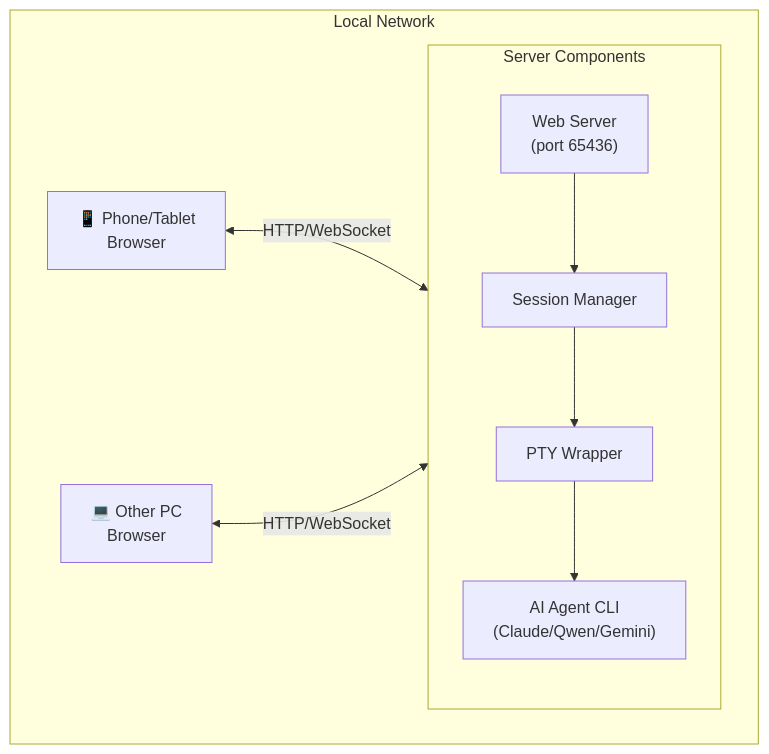
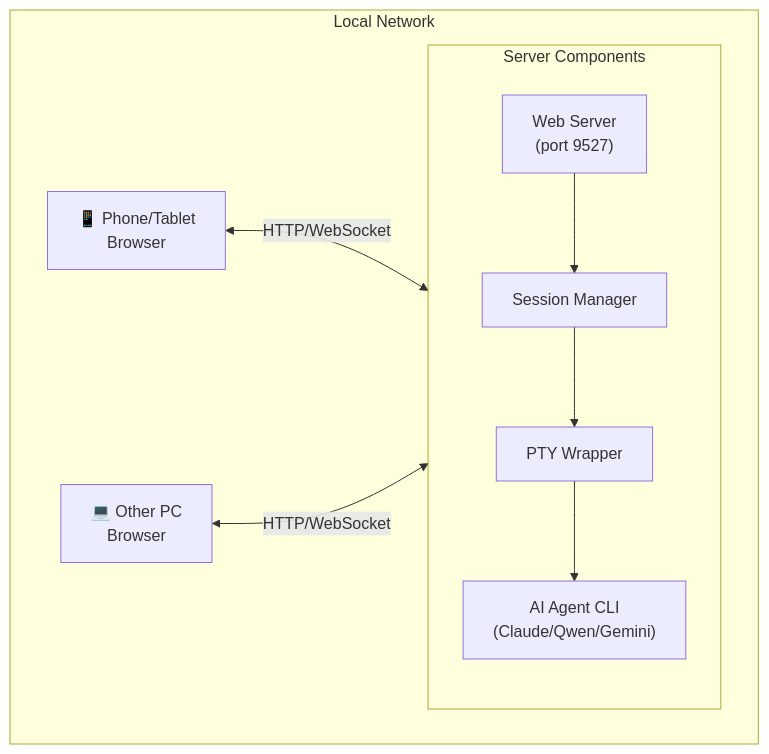
One commit to duran4000/ai-agent-remote changed the diagram in README.md. Above: the diagram before and after it, drawn with Mermaid. The commit also changed other lines of this file and 12 other files, not shown here.

````diff
--- a/README.md
+++ b/README.md
@@ -25,20 +25,20 @@
 ```mermaid
 flowchart LR
     subgraph LAN["Local Network"]
         direction LR
         A["📱 Phone/Tablet<br/>Browser"]
         B["💻 Other PC<br/>Browser"]
         C["🖥️ Host PC<br/>Server"]
 
         A <-->|"HTTP/WebSocket"| C
         B <-->|"HTTP/WebSocket"| C
 
         subgraph C["Server Components"]
-            D["Web Server<br/>(port 65436)"]
+            D["Web Server<br/>(port 9527)"]
             E["Session Manager"]
             F["PTY Wrapper"]
             G["AI Agent CLI<br/>(Claude/Qwen/Gemini)"]
             D --> E --> F --> G
         end
     end
 ```
````
